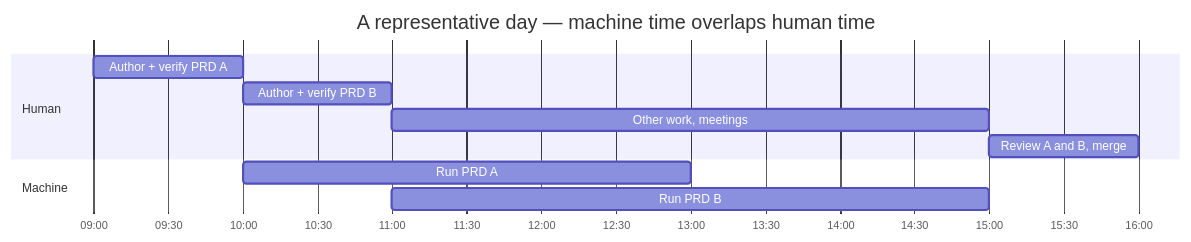
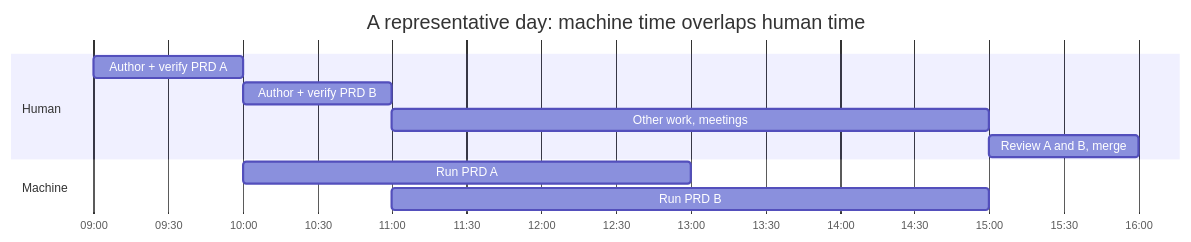
One commit to NumeronAI/zurdo.github.io changed the second of 2 diagrams in docs/workflow.md. Above: the diagram before and after it, drawn with Mermaid. The commit also changed other lines of this file, not shown here.

````diff
--- a/docs/workflow.md
+++ b/docs/workflow.md
@@ -112,14 +111,14 @@
 ```mermaid
 gantt
-    title A representative day — machine time overlaps human time
+    title A representative day: machine time overlaps human time
     dateFormat HH:mm
     axisFormat %H:%M
     section Human
     Author + verify PRD A         :a1, 09:00, 1h
     Author + verify PRD B         :a2, 10:00, 1h
     Other work, meetings          :a3, 11:00, 4h
     Review A and B, merge         :a4, 15:00, 1h
     section Machine
     Run PRD A                     :r1, 10:00, 3h
     Run PRD B                     :r2, 11:00, 4h
 ```
````
